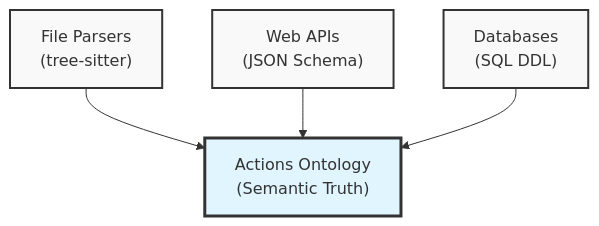
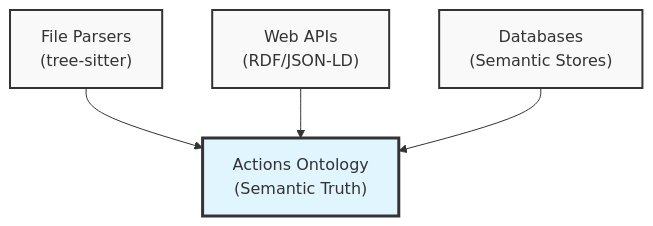
The second of 2 diagrams in CLAUDE.md (ClearHeadToDo-Devs/ontology), drawn with Mermaid before and after one commit. The commit also changed other lines of this file and 12 other files, not shown here.

Commit message:
removing all evidence of schema generation for clarity

````diff
--- a/CLAUDE.md
+++ b/CLAUDE.md
@@ -192,16 +190,16 @@
 ```mermaid
 graph TB
     parsers["File Parsers<br/>(tree-sitter)"]
-    apis["Web APIs<br/>(JSON Schema)"]
-    databases["Databases<br/>(SQL DDL)"]
+    apis["Web APIs<br/>(RDF/JSON-LD)"]
+    databases["Databases<br/>(Semantic Stores)"]
     ontology["Actions Ontology<br/>(Semantic Truth)"]
 
     parsers --> ontology
     apis --> ontology
     databases --> ontology
 
     style ontology fill:#e1f5ff,stroke:#333,stroke-width:3px
     style parsers fill:#f9f9f9,stroke:#333,stroke-width:2px
     style apis fill:#f9f9f9,stroke:#333,stroke-width:2px
     style databases fill:#f9f9f9,stroke:#333,stroke-width:2px
 ```
````
